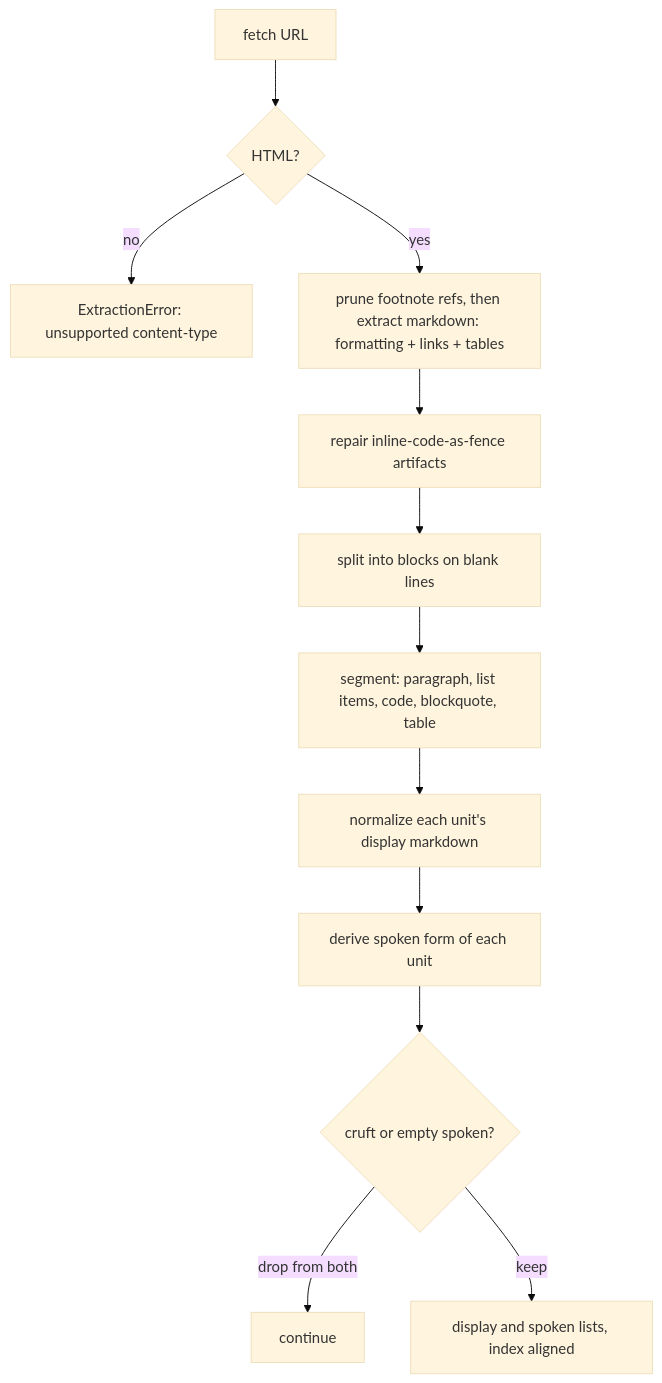
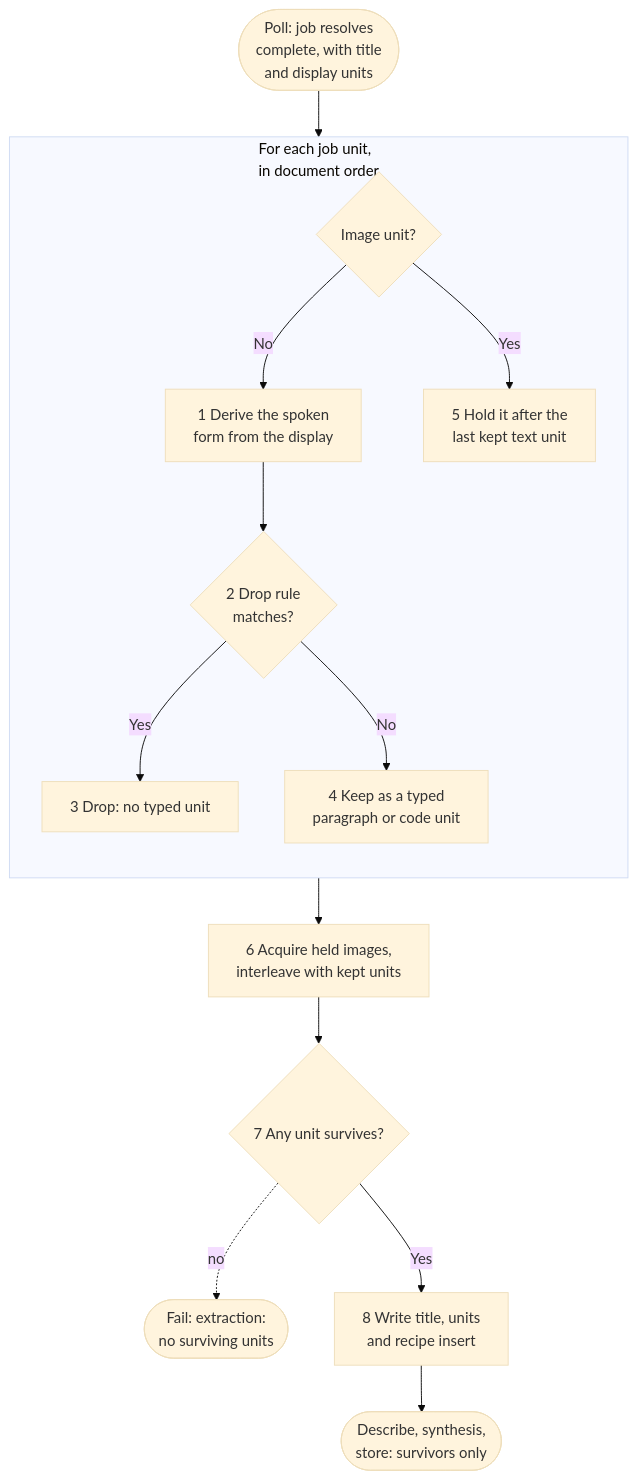
The first of 2 diagrams in docs/technical-design/article-extraction.md (asermax/nagara), drawn with Mermaid (base theme) before and after one commit. The commit also changed other lines of this file and 8 other files, not shown here.

First line of the commit message:
docs: describe the recipe-era pipeline and the drop of units with nothing to say

````diff
--- a/docs/technical-design/article-extraction.md
+++ b/docs/technical-design/article-extraction.md
@@ -77,14 +27,18 @@
 ```mermaid
 flowchart TD
-    U["fetch URL"] --> C{"HTML?"}
-    C -->|no| F1["ExtractionError: unsupported content-type"]
-    C -->|yes| E["prune footnote refs, then extract markdown: formatting + links + tables"]
-    E --> R["repair inline-code-as-fence artifacts"]
-    R --> B["split into blocks on blank lines"]
-    B --> S["segment: paragraph, list items, code, blockquote, table"]
-    S --> N["normalize each unit's display markdown"]
-    N --> D["derive spoken form of each unit"]
-    D --> X{"cruft or empty spoken?"}
-    X -->|drop from both| Y["continue"]
-    X -->|keep| Z["display and spoken lists, index aligned"]
+    start(["Poll: job resolves<br/>complete, with title<br/>and display units"]) --> loop
+    subgraph loop ["For each job unit,<br/>in document order"]
+        direction TB
+        kind{"Image unit?"}
+        kind -->|No| spoken["1 Derive the spoken<br/>form from the display"]
+        spoken --> test{"2 Drop rule<br/>matches?"}
+        test -->|Yes| drop["3 Drop: no typed unit"]
+        test -->|No| keep["4 Keep as a typed<br/>paragraph or code unit"]
+        kind -->|Yes| stash["5 Hold it after the<br/>last kept text unit"]
+    end
+    loop --> acquire["6 Acquire held images,<br/>interleave with kept units"]
+    acquire --> any{"7 Any unit survives?"}
+    any -. no .-> fail(["Fail: extraction:<br/>no surviving units"])
+    any -->|Yes| write["8 Write title, units<br/>and recipe insert"]
+    write --> next(["Describe, synthesis,<br/>store: survivors only"])
 ```
````
